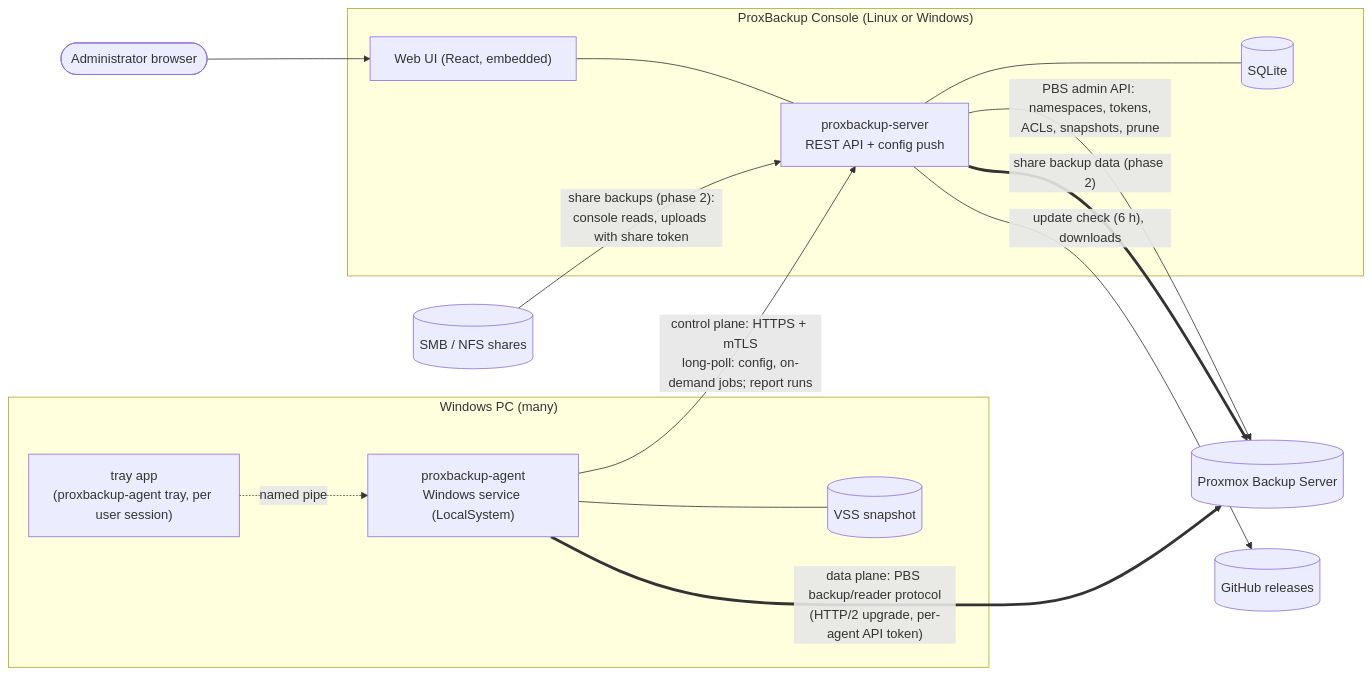
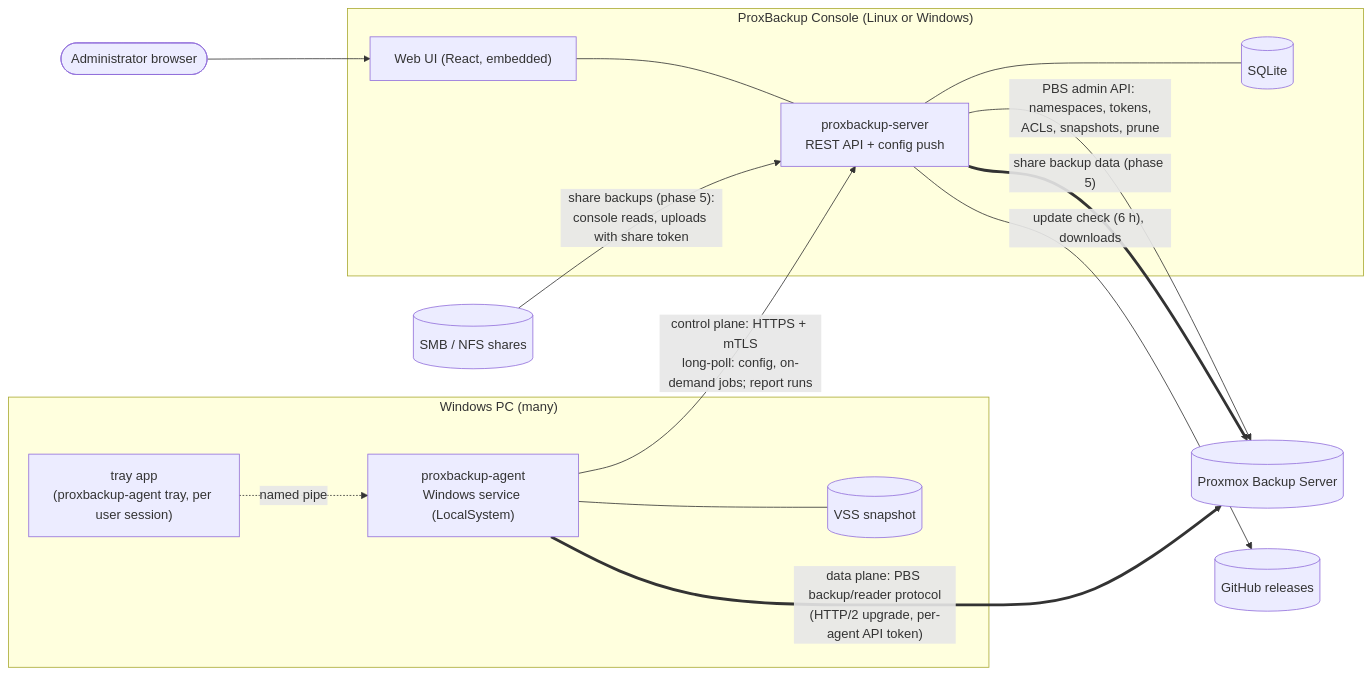
Before and after one commit to Lopicl/proxbackup-solution: the first of 6 diagrams in docs/architecture.md, drawn with Mermaid. The commit also changed other lines of this file and 1 other file, not shown here.

First line of the commit message:
docs: move network share backups to roadmap phase 5

````diff
--- a/docs/architecture.md
+++ b/docs/architecture.md
@@ -27,28 +27,28 @@
 ```mermaid
 flowchart LR
   subgraph PC["Windows PC (many)"]
     TRAY["tray app<br/>(proxbackup-agent tray, per user session)"] -. named pipe .-> AGENT
     AGENT["proxbackup-agent<br/>Windows service (LocalSystem)"]
     VSS[(VSS snapshot)]
     AGENT --- VSS
   end
 
   subgraph MGMT["ProxBackup Console (Linux or Windows)"]
     API["proxbackup-server<br/>REST API + config push"]
     UI["Web UI (React, embedded)"]
     DB[(SQLite)]
     API --- DB
     UI --- API
   end
 
   PBS[("Proxmox Backup Server")]
   GH[("GitHub releases")]
 
   AGENT -- "control plane: HTTPS + mTLS<br/>long-poll: config, on-demand jobs; report runs" --> API
   AGENT == "data plane: PBS backup/reader protocol<br/>(HTTP/2 upgrade, per-agent API token)" ==> PBS
   API -- "PBS admin API: namespaces, tokens,<br/>ACLs, snapshots, prune" --> PBS
   API -- "update check (6 h), downloads" --> GH
-  SHARES[("SMB / NFS shares")] -- "share backups (phase 2):<br/>console reads, uploads with share token" --> API
-  API == "share backup data (phase 2)" ==> PBS
+  SHARES[("SMB / NFS shares")] -- "share backups (phase 5):<br/>console reads, uploads with share token" --> API
+  API == "share backup data (phase 5)" ==> PBS
   ADMIN(["Administrator browser"]) --> UI
 ```
````
